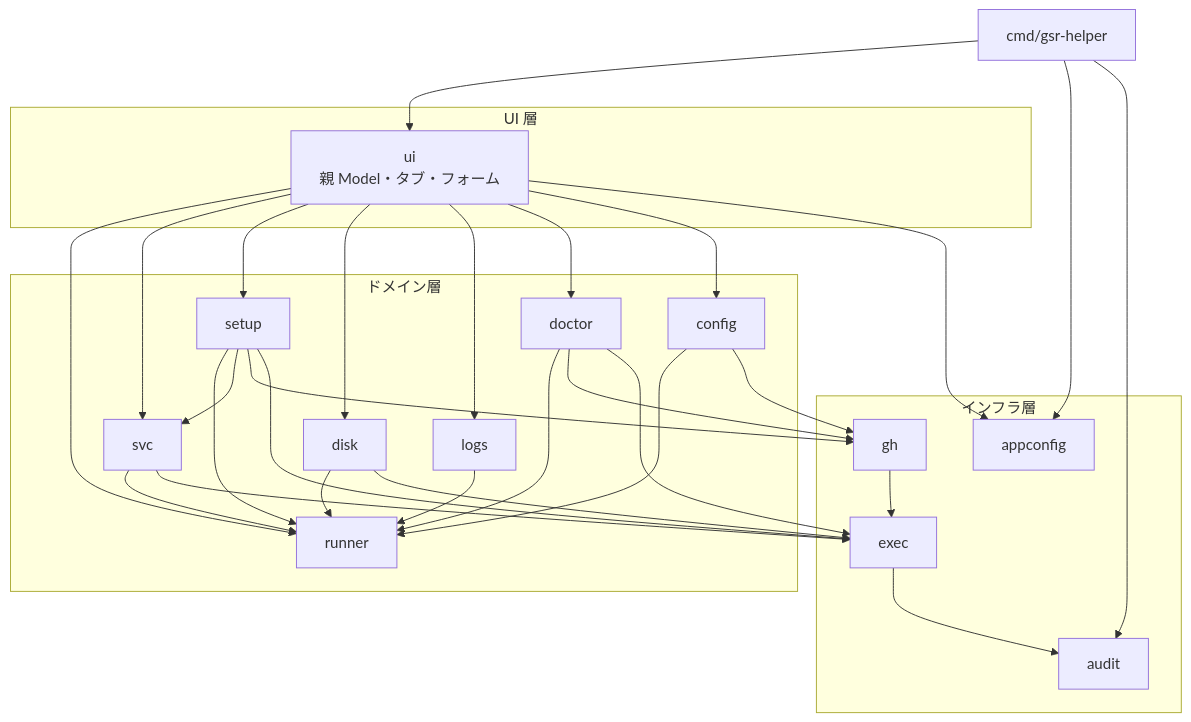
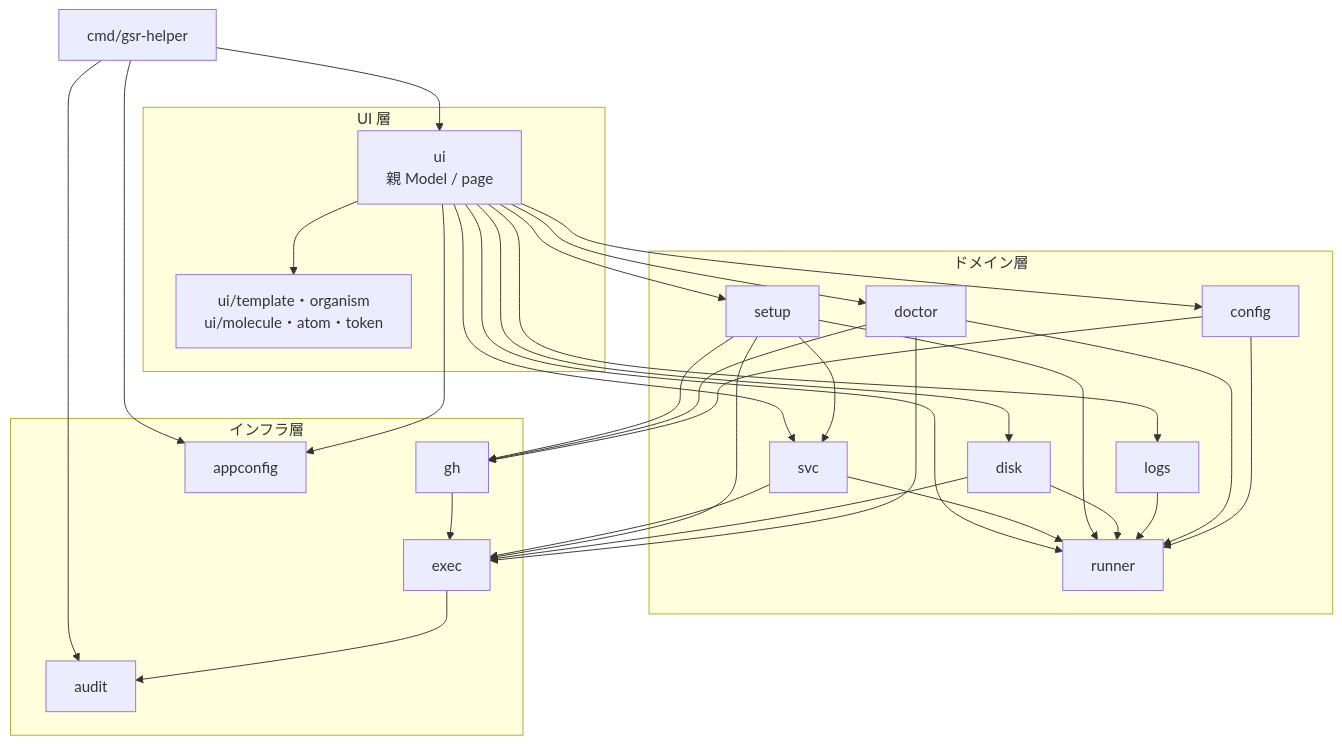
The diagram in docs/components/overview.md (ousiassllc/gsr-helper), drawn with Mermaid before and after one commit. The commit also changed other lines of this file and 5 other files, not shown here.

````diff
--- a/docs/components/overview.md
+++ b/docs/components/overview.md
@@ -7,56 +7,59 @@
 ```mermaid
 graph TD
     Main[cmd/gsr-helper]
 
     subgraph UI[UI 層]
-        UIApp[ui<br/>親 Model・タブ・フォーム]
+        UIApp[ui<br/>親 Model / page]
+        UIParts[ui/template・organism<br/>ui/molecule・atom・token]
     end
 
     subgraph Domain[ドメイン層]
         Runner[runner]
         Svc[svc]
         Setup[setup]
         Disk[disk]
         Logs[logs]
         Doctor[doctor]
         Config[config]
     end
 
     subgraph Infra[インフラ層]
         Exec[exec]
         GH[gh]
         Audit[audit]
         Appconf[appconfig]
     end
 
     Main --> UIApp
     Main --> Appconf
     Main --> Audit
+
+    UIApp --> UIParts
 
     UIApp --> Runner
     UIApp --> Svc
     UIApp --> Setup
     UIApp --> Disk
     UIApp --> Logs
     UIApp --> Doctor
     UIApp --> Config
     UIApp --> Appconf
 
     Svc --> Runner
     Setup --> Runner
     Setup --> Svc
     Setup --> GH
     Disk --> Runner
     Logs --> Runner
     Doctor --> Runner
     Doctor --> GH
     Config --> Runner
     Config --> GH
 
     Svc --> Exec
     Setup --> Exec
     Disk --> Exec
     Doctor --> Exec
     GH --> Exec
     Exec --> Audit
 ```
````
